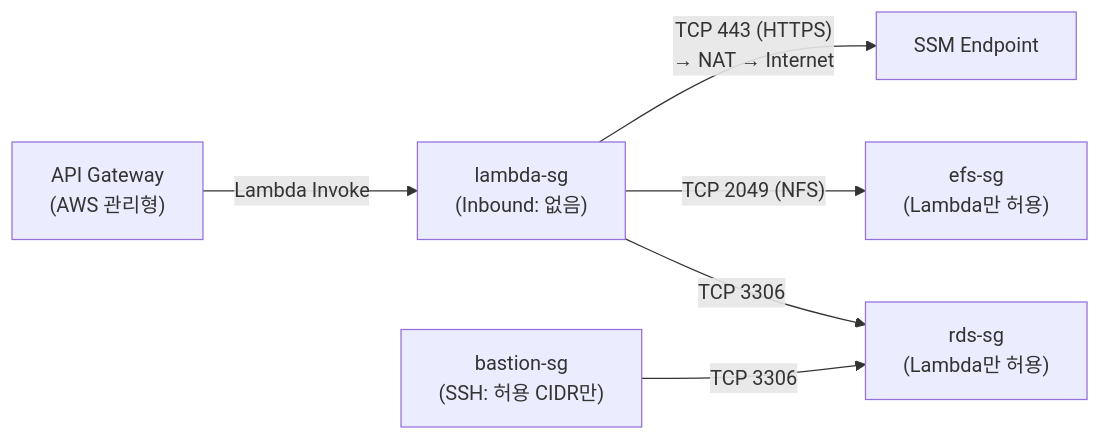
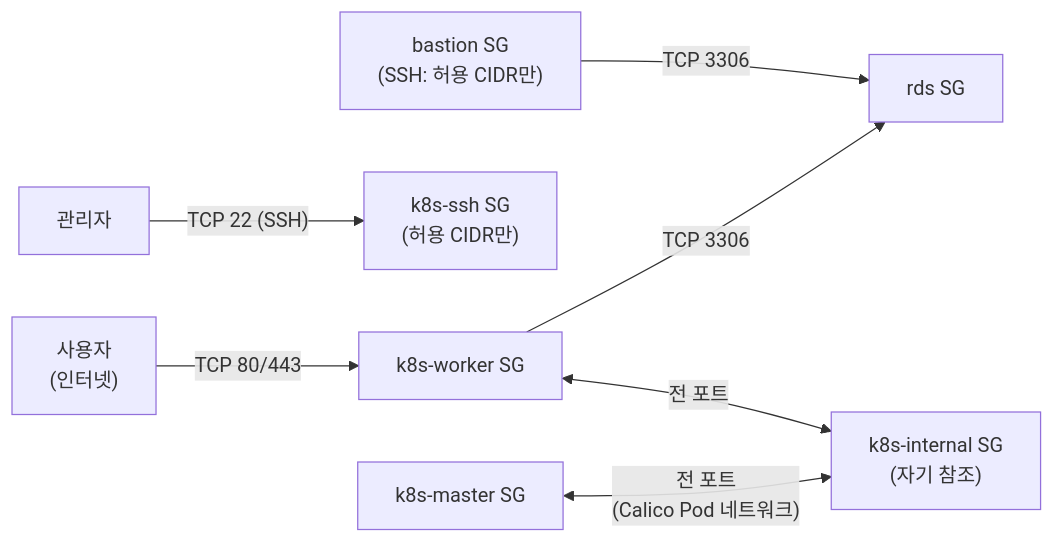
The third of 18 diagrams in report.md (80-hours-a-week/2-cho-community-be), drawn with Mermaid before and after one commit. The commit also changed other lines of this file, not shown here.

First line of the commit message:
docs: report.md Lambda→K8s 아키텍처 전면 갱신

````diff
--- a/report.md
+++ b/report.md
@@ -267,8 +223,11 @@
 ```mermaid
 flowchart LR
-    APIGW_ext["API Gateway<br/>(AWS 관리형)"] -->|"Lambda Invoke"| Lambda_SG
-    Lambda_SG["lambda-sg<br/>(Inbound: 없음)"] -->|"TCP 3306"| RDS_SG["rds-sg<br/>(Lambda만 허용)"]
-    Lambda_SG -->|"TCP 2049 (NFS)"| EFS_SG["efs-sg<br/>(Lambda만 허용)"]
-    Lambda_SG -->|"TCP 443 (HTTPS)<br/>→ NAT → Internet"| SSM_ext["SSM Endpoint"]
-    Bastion_SG["bastion-sg<br/>(SSH: 허용 CIDR만)"] -->|"TCP 3306"| RDS_SG
+    User["사용자<br/>(인터넷)"] -->|"TCP 80/443"| Worker_SG
+    Admin["관리자"] -->|"TCP 22 (SSH)"| SSH_SG["k8s-ssh SG<br/>(허용 CIDR만)"]
+
+    Worker_SG["k8s-worker SG"] -->|"TCP 3306"| RDS_SG["rds SG"]
+    Bastion_SG["bastion SG<br/>(SSH: 허용 CIDR만)"] -->|"TCP 3306"| RDS_SG
+
+    Master_SG["k8s-master SG"] <-->|"전 포트<br/>(Calico Pod 네트워크)"| Internal_SG["k8s-internal SG<br/>(자기 참조)"]
+    Worker_SG <-->|"전 포트"| Internal_SG
 ```
````
